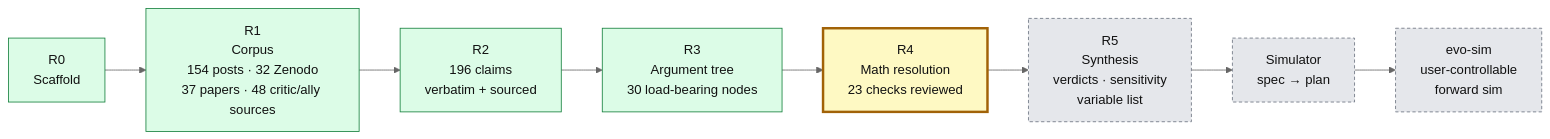
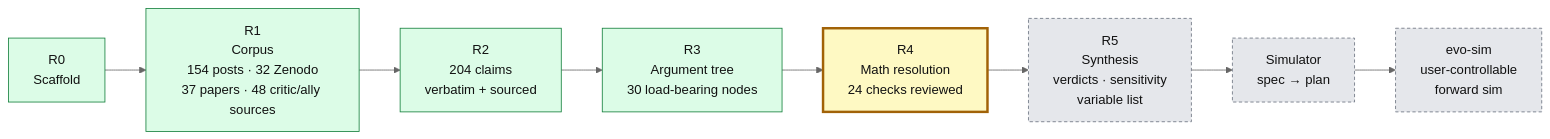
The second of 2 diagrams in README.md (nickallevato/evo-sim), drawn with Mermaid (neutral theme) before and after one commit. The commit also changed other lines of this file and 36 other files, not shown here.

````diff
--- a/README.md
+++ b/README.md
@@ -205,14 +206,14 @@
 ```mermaid
 flowchart LR
   R0["R0<br/>Scaffold"]:::done --> R1["R1<br/>Corpus<br/>154 posts · 32 Zenodo<br/>37 papers · 48 critic/ally sources"]:::done
-  R1 --> R2["R2<br/>196 claims<br/>verbatim + sourced"]:::done
+  R1 --> R2["R2<br/>204 claims<br/>verbatim + sourced"]:::done
   R2 --> R3["R3<br/>Argument tree<br/>30 load-bearing nodes"]:::done
-  R3 --> R4["R4<br/>Math resolution<br/>23 checks reviewed"]:::active
+  R3 --> R4["R4<br/>Math resolution<br/>24 checks reviewed"]:::active
   R4 --> R5["R5<br/>Synthesis<br/>verdicts · sensitivity<br/>variable list"]:::todo
   R5 --> S1["Simulator<br/>spec → plan"]:::todo
   S1 --> S2["evo-sim<br/>user-controllable<br/>forward sim"]:::todo
 
   classDef done fill:#dcfce7,stroke:#15803d,color:#111
   classDef active fill:#fef9c3,stroke:#a16207,stroke-width:3px,color:#111
   classDef todo fill:#e5e7eb,stroke:#6b7280,color:#111,stroke-dasharray:4 3
 ```
````
